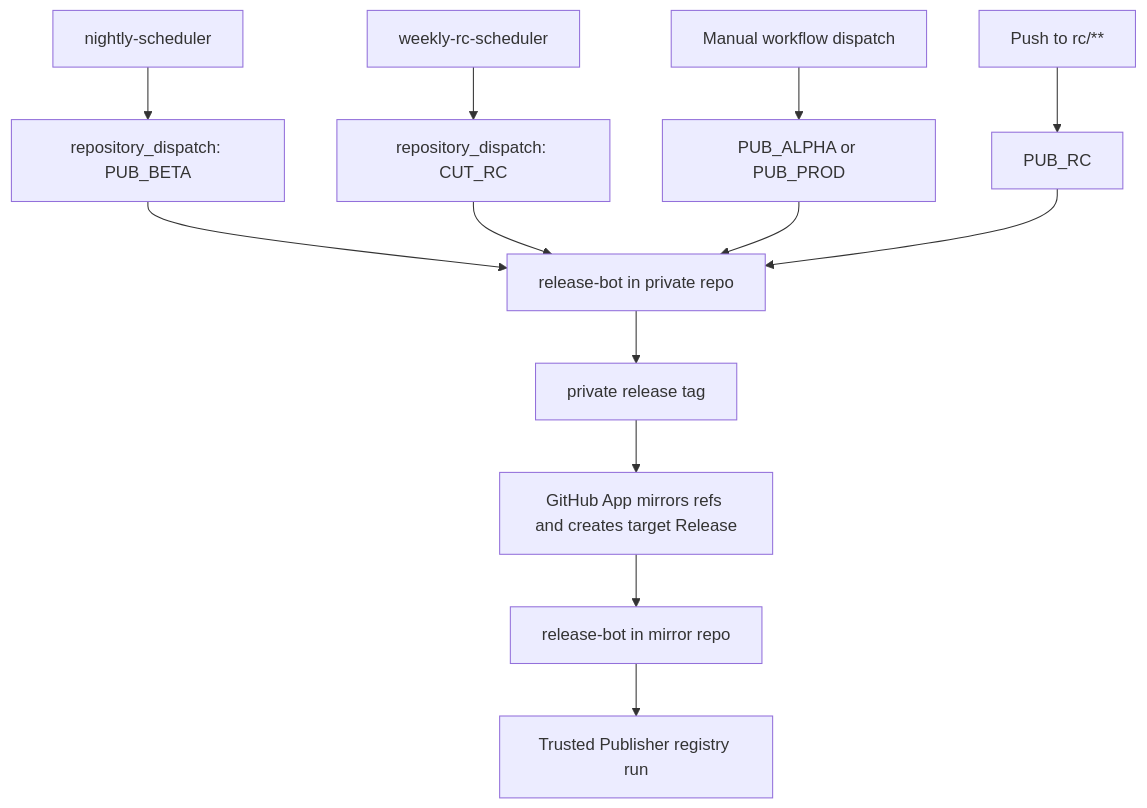
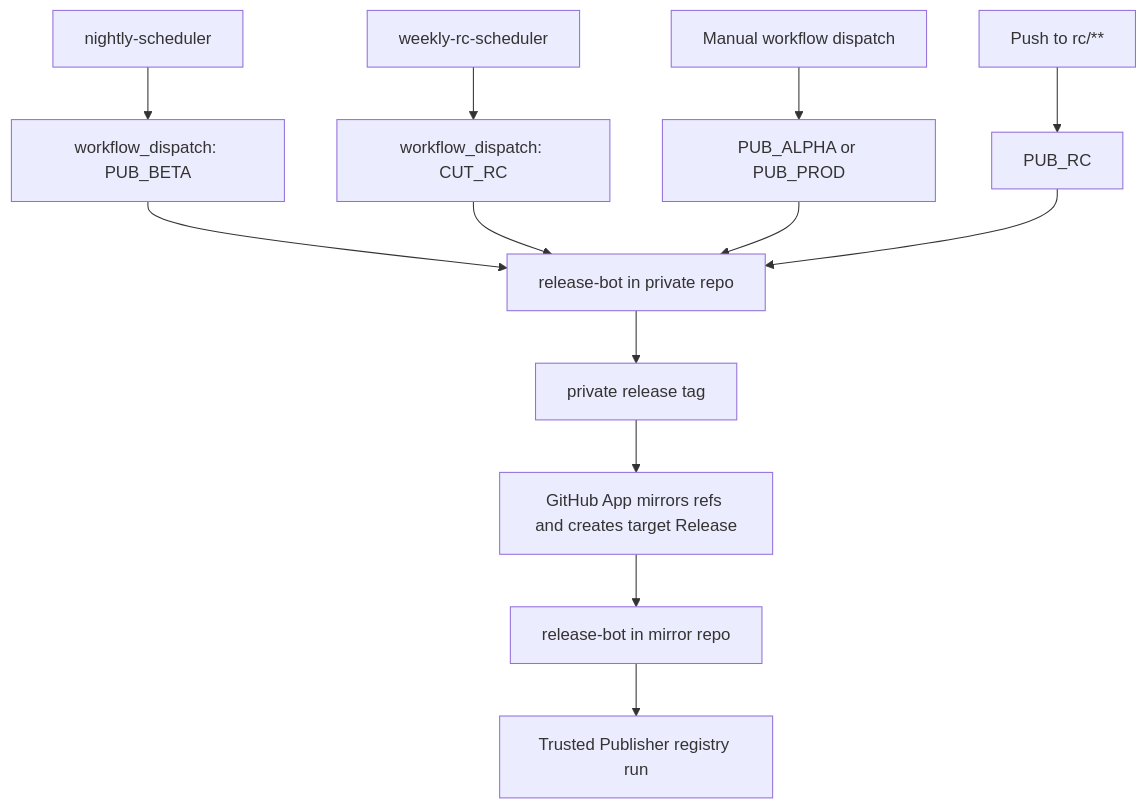
One commit to loomb-oai/test-public-repo changed the diagram in README.md. Above: the diagram before and after it, drawn with Mermaid. The commit also changed other lines of this file and 3 other files, not shown here.

Commit message:
refactor(release): dispatch schedulers through workflow inputs

````diff
--- a/README.md
+++ b/README.md
@@ -106,15 +106,15 @@
 ```mermaid
 flowchart TD
-  A["nightly-scheduler"] --> C["repository_dispatch: PUB_BETA"]
-  B["weekly-rc-scheduler"] --> D["repository_dispatch: CUT_RC"]
+  A["nightly-scheduler"] --> C["workflow_dispatch: PUB_BETA"]
+  B["weekly-rc-scheduler"] --> D["workflow_dispatch: CUT_RC"]
   E["Manual workflow dispatch"] --> F["PUB_ALPHA or PUB_PROD"]
   G["Push to rc/**"] --> H["PUB_RC"]
   C --> I["release-bot in private repo"]
   D --> I
   F --> I
   H --> I
   I --> J["private release tag"]
   J --> K["GitHub App mirrors refs and creates target Release"]
   K --> L["release-bot in mirror repo"]
   L --> M["Trusted Publisher registry run"]
 ```
````
